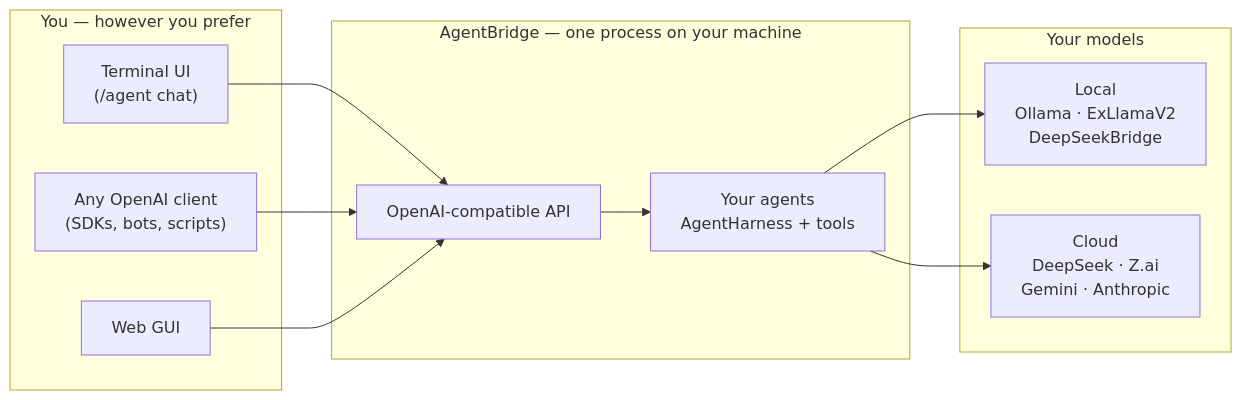
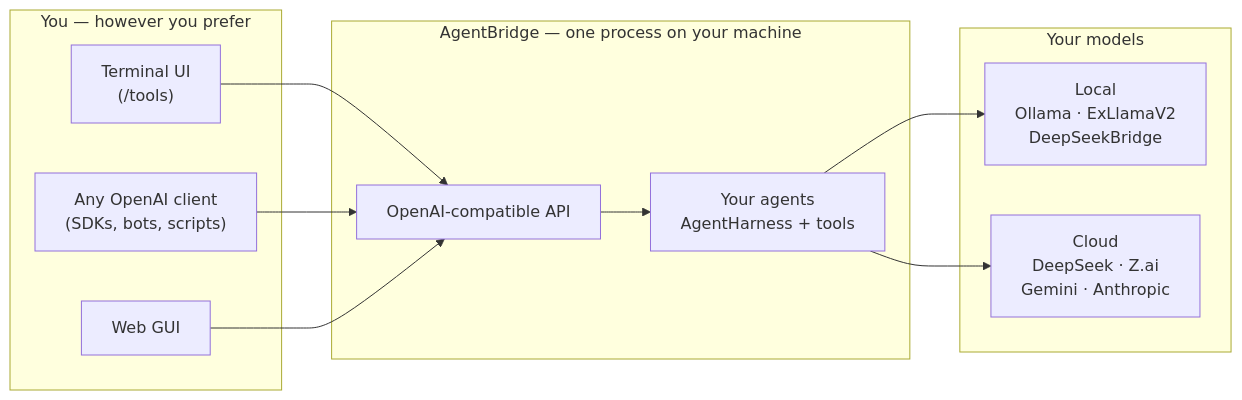
Before and after one commit to Graphene-Lab/AgentBridge: the first of 2 diagrams in README.md, drawn with Mermaid. The commit also changed other lines of this file and 31 other files, not shown here.

````diff
--- a/README.md
+++ b/README.md
@@ -272,22 +275,22 @@
 ```mermaid
 flowchart LR
     subgraph Clients["You — however you prefer"]
-        A["Terminal UI<br/>(/agent chat)"]
+        A["Terminal UI<br/>(/tools)"]
         B["Any OpenAI client<br/>(SDKs, bots, scripts)"]
         C["Web GUI"]
     end
     subgraph Server["AgentBridge — one process on your machine"]
         API["OpenAI-compatible API"]
         AGENT["Your agents<br/>AgentHarness + tools"]
     end
     subgraph Models["Your models"]
         LOCAL["Local<br/>Ollama · ExLlamaV2<br/>DeepSeekBridge"]
         CLOUD["Cloud<br/>DeepSeek · Z.ai<br/>Gemini · Anthropic"]
     end
     A --> API
     B --> API
     C --> API
     API --> AGENT
     AGENT --> LOCAL
     AGENT --> CLOUD
 ```
````
